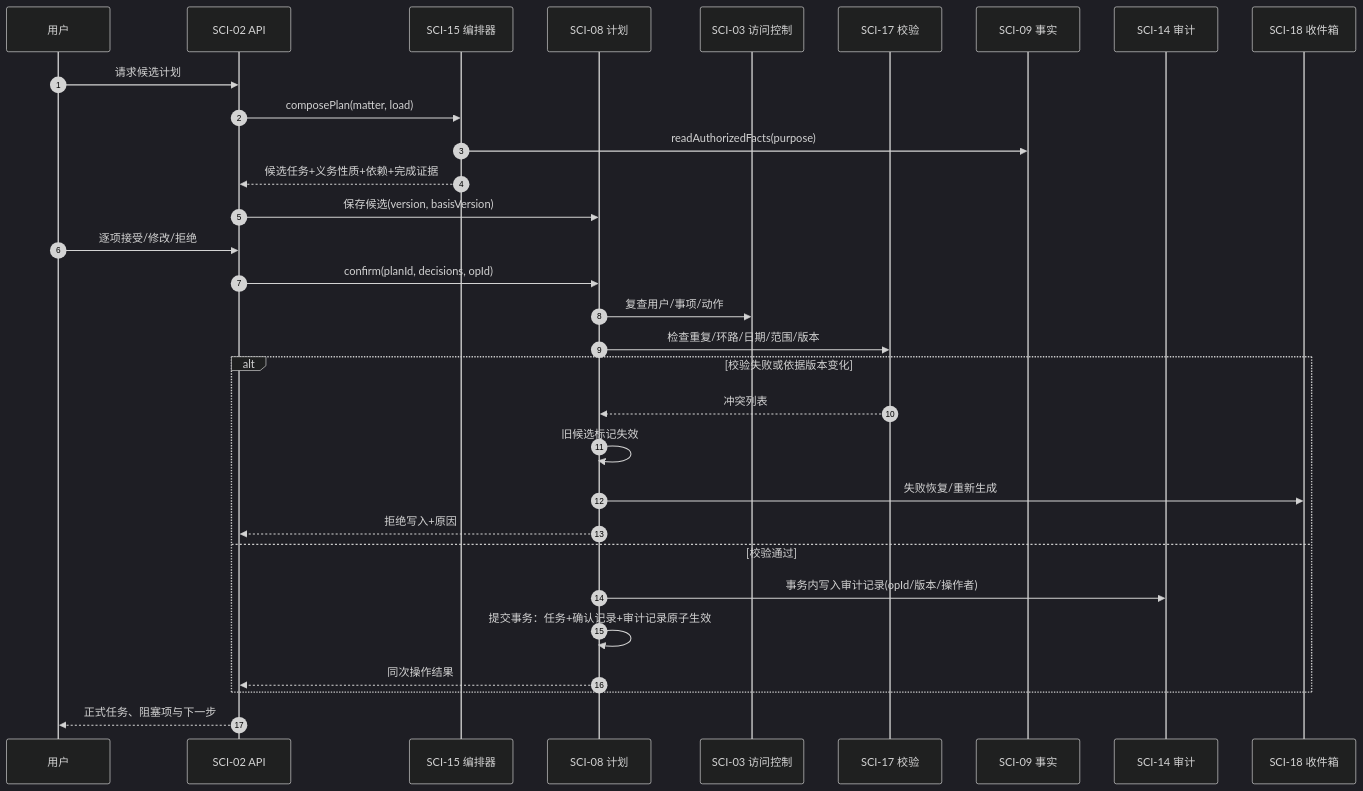
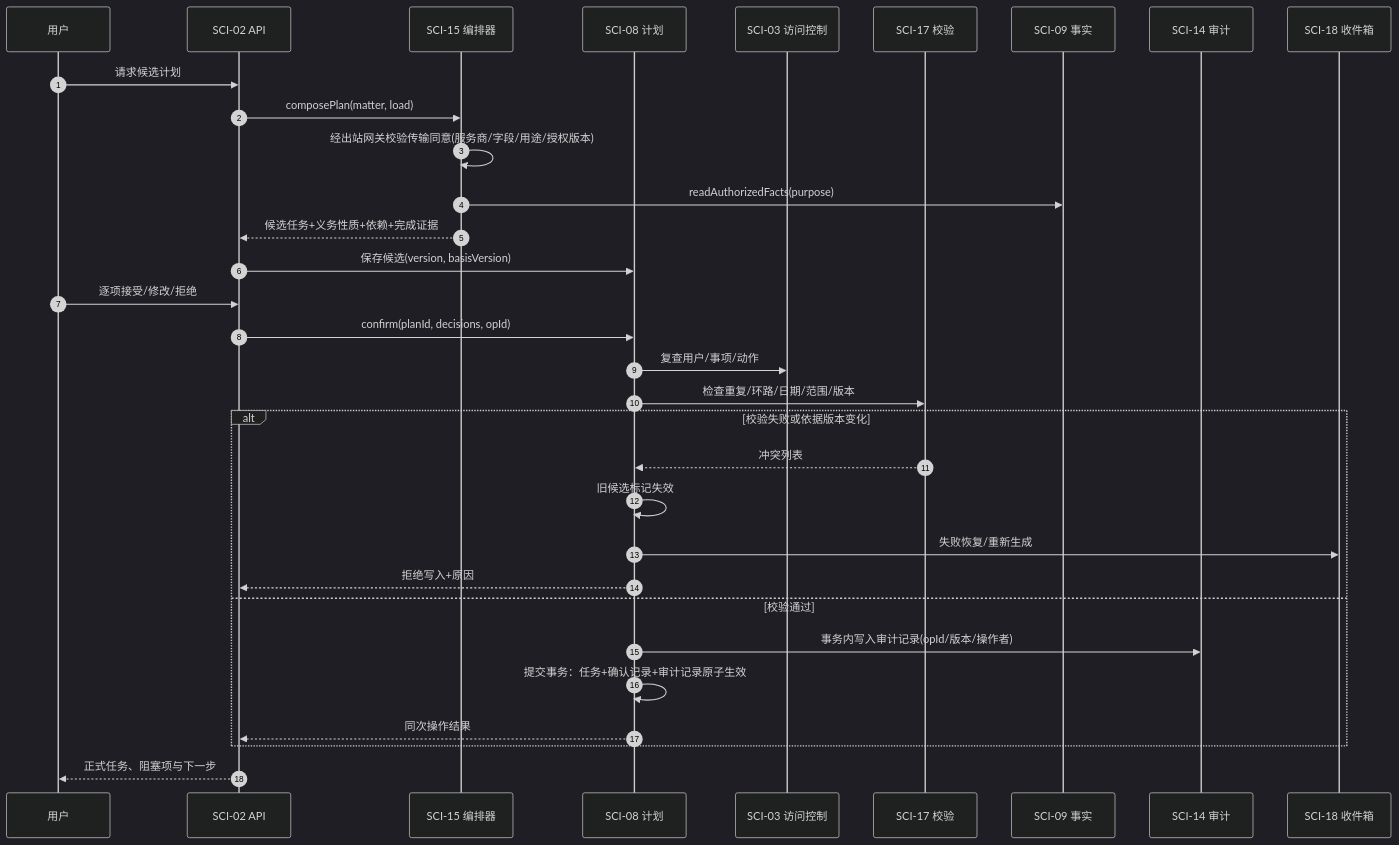
Diagram 12 of 23 in docs/design/system-design/offerpilot-system-design.md (LotteryCamp/OfferPilot), drawn with Mermaid (dark theme) before and after one commit. The commit also changed other lines of this file, not shown here.

````diff
--- a/docs/design/system-design/offerpilot-system-design.md
+++ b/docs/design/system-design/offerpilot-system-design.md
@@ -1291,33 +1290,34 @@
 ```mermaid
 sequenceDiagram
     autonumber
     participant STU as 用户
     participant API as SCI-02 API
     participant AG as SCI-15 编排器
     participant PL as SCI-08 计划
     participant AU as SCI-03 访问控制
     participant VA as SCI-17 校验
     participant FACT as SCI-09 事实
     participant AUD as SCI-14 审计
     participant IN as SCI-18 收件箱
     STU->>API: 请求候选计划
     API->>AG: composePlan(matter, load)
+    AG->>AG: 经出站网关校验传输同意(服务商/字段/用途/授权版本)
     AG->>FACT: readAuthorizedFacts(purpose)
     AG-->>API: 候选任务+义务性质+依赖+完成证据
     API->>PL: 保存候选(version, basisVersion)
     STU->>API: 逐项接受/修改/拒绝
     API->>PL: confirm(planId, decisions, opId)
     PL->>AU: 复查用户/事项/动作
     PL->>VA: 检查重复/环路/日期/范围/版本
     alt 校验失败或依据版本变化
         VA-->>PL: 冲突列表
         PL->>PL: 旧候选标记失效
         PL->>IN: 失败恢复/重新生成
         PL-->>API: 拒绝写入+原因
     else 校验通过
         PL->>AUD: 事务内写入审计记录(opId/版本/操作者)
         PL->>PL: 提交事务：任务+确认记录+审计记录原子生效
         PL-->>API: 同次操作结果
     end
     API-->>STU: 正式任务、阻塞项与下一步
 ```
````
